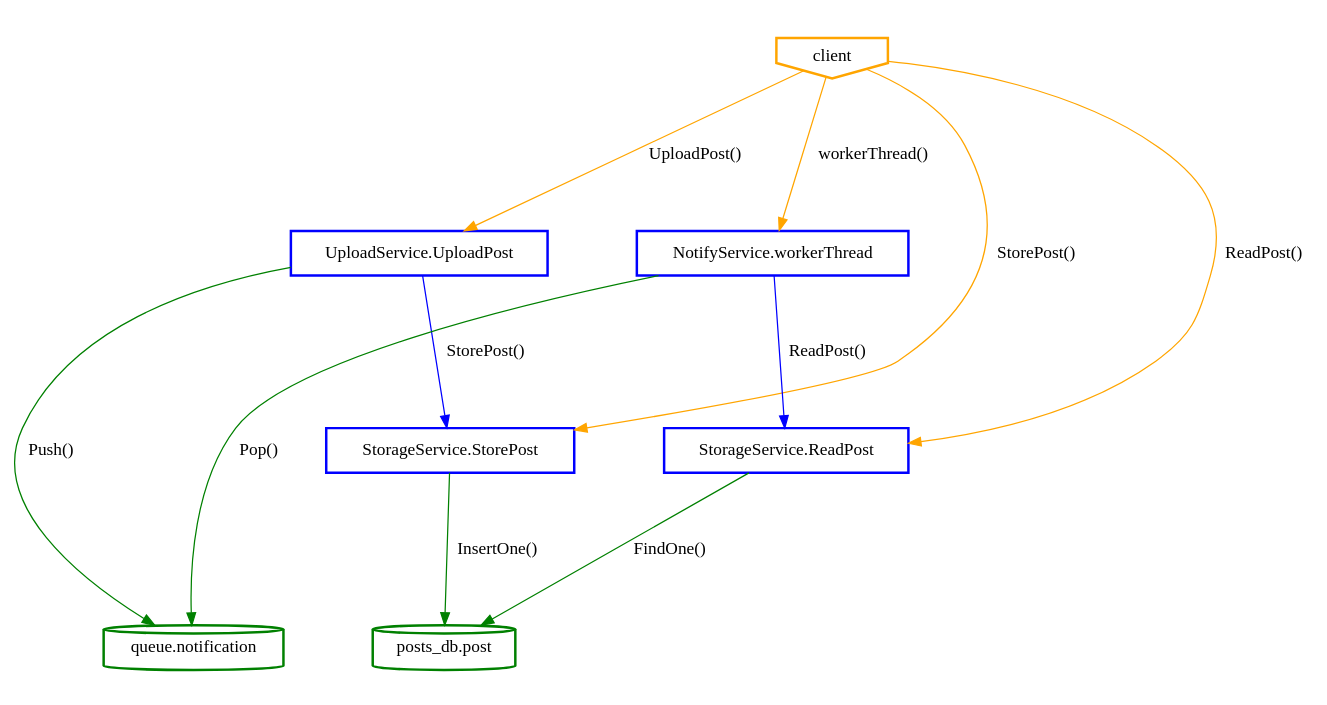
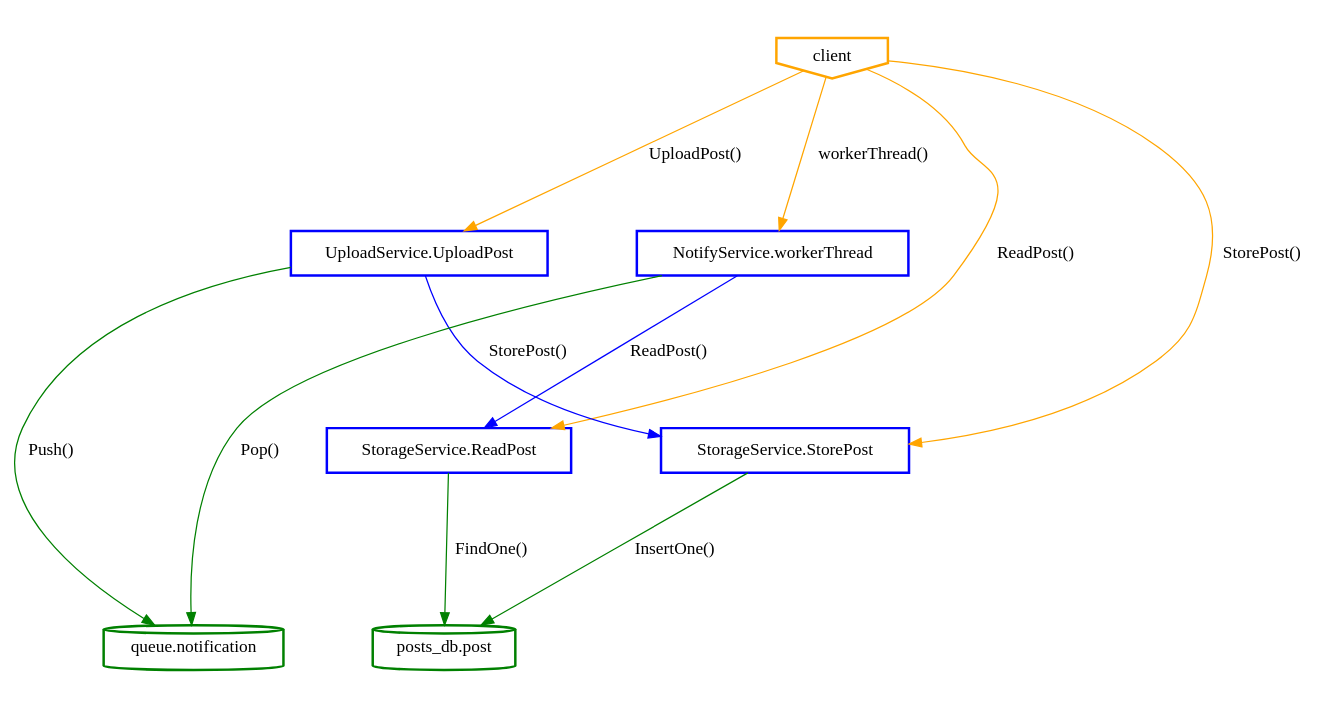
The diagram in ssa_analysis/analyzer/output/blueprint/postnotification/notifyservice_run/abstractcallgraph.dot (aletheia-microservices/aletheia), drawn with Graphviz before and after one commit. The commit also changed other lines of this file and 30 other files, not shown here.

```diff
--- a/ssa_analysis/analyzer/output/blueprint/postnotification/notifyservice_run/abstractcallgraph.dot
+++ b/ssa_analysis/analyzer/output/blueprint/postnotification/notifyservice_run/abstractcallgraph.dot
@@ -1,31 +1,31 @@
 digraph G {
 	rankdir=TD;
 	ranksep=1.5;
 	nodesep=1;
 	subgraph cluster_clients {
 		style=invis;
 		N_client [label="client", style=bold, shape=invhouse, color="orange"];
 	}
 	subgraph cluster_services {
 		style=invis;
+		N_StorageService_ReadPost [label="StorageService.ReadPost", style=bold, shape=box, color="blue"];
 		N_UploadService_UploadPost [label="UploadService.UploadPost", style=bold, shape=box, color="blue"];
 		N_StorageService_StorePost [label="StorageService.StorePost", style=bold, shape=box, color="blue"];
 		N_NotifyService_workerThread [label="NotifyService.workerThread", style=bold, shape=box, color="blue"];
-		N_StorageService_ReadPost [label="StorageService.ReadPost", style=bold, shape=box, color="blue"];
 	}
 	subgraph cluster_databases {
 		style=invis;
 		N_queue_notification [label="queue.notification", style=bold, shape=cylinder, color="green"];
 		N_posts_db_post [label="posts_db.post", style=bold, shape=cylinder, color="green"];
 	}
-	N_UploadService_UploadPost -> N_queue_notification [label="Push()", color=green];
+	N_client -> N_UploadService_UploadPost [label="UploadPost()", color=orange];
+	N_client -> N_StorageService_StorePost [label="StorePost()", color=orange];
+	N_StorageService_StorePost -> N_posts_db_post [label="InsertOne()", color=green];
 	N_NotifyService_workerThread -> N_queue_notification [label="Pop()", color=green];
 	N_client -> N_StorageService_ReadPost [label="ReadPost()", color=orange];
-	N_client -> N_UploadService_UploadPost [label="UploadPost()", color=orange];
 	N_UploadService_UploadPost -> N_StorageService_StorePost [label="StorePost()", color=blue];
-	N_client -> N_StorageService_StorePost [label="StorePost()", color=orange];
-	N_StorageService_StorePost -> N_posts_db_post [label="InsertOne()", color=green];
+	N_UploadService_UploadPost -> N_queue_notification [label="Push()", color=green];
 	N_client -> N_NotifyService_workerThread [label="workerThread()", color=orange];
 	N_NotifyService_workerThread -> N_StorageService_ReadPost [label="ReadPost()", color=blue];
 	N_StorageService_ReadPost -> N_posts_db_post [label="FindOne()", color=green];
 }
```
